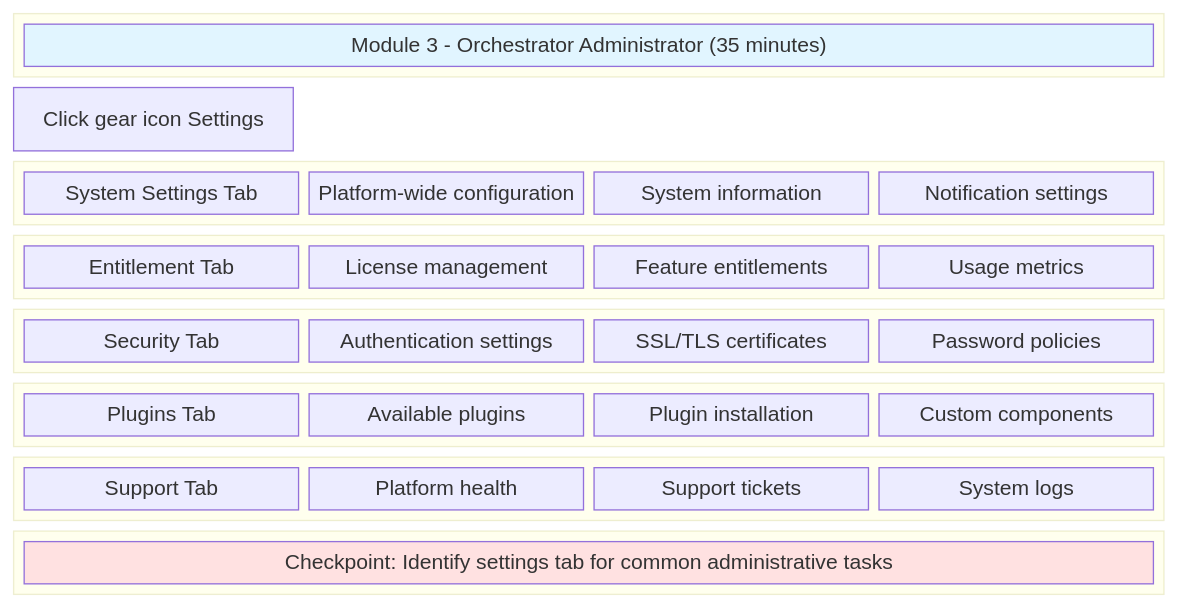
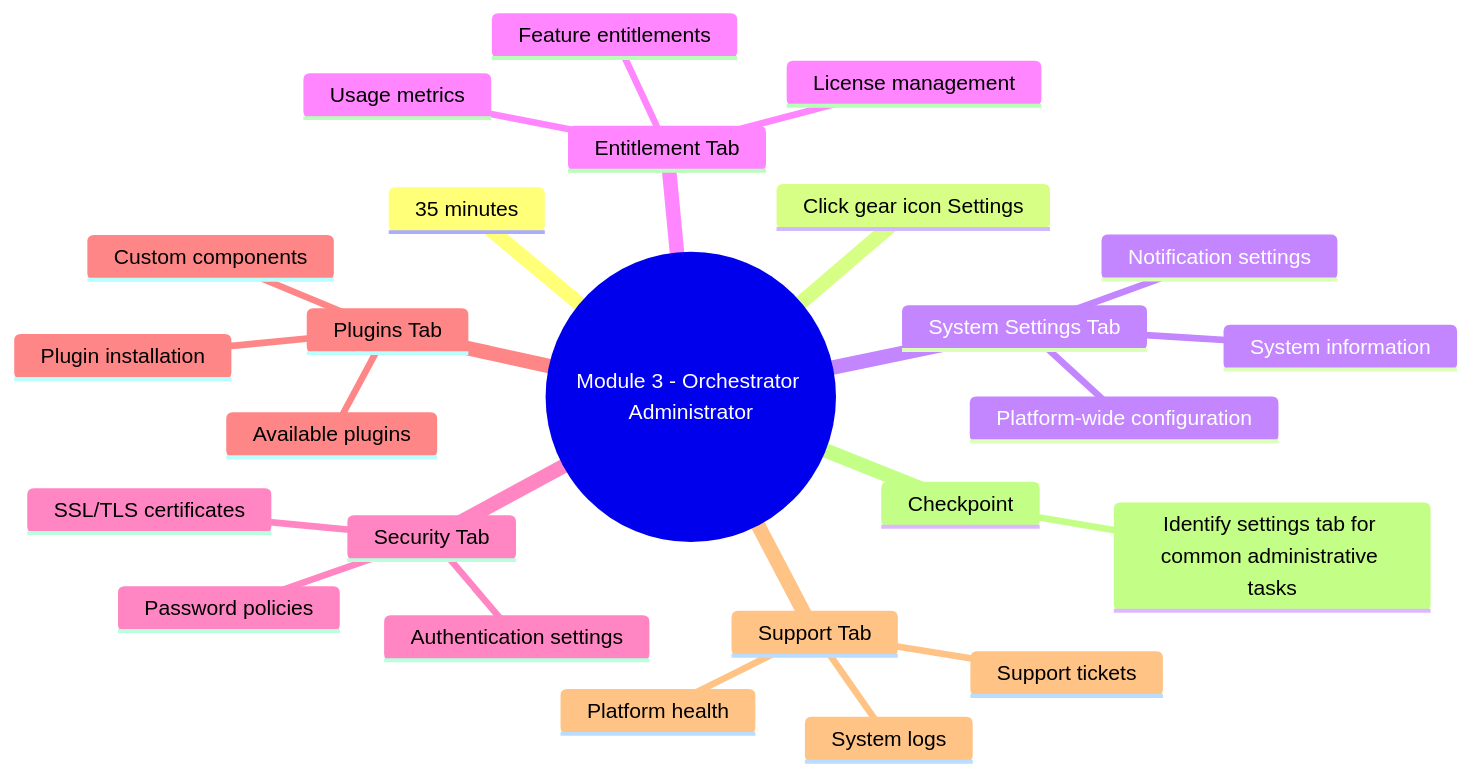
One commit to tme-tech-ops/take-it-for-a-spin-partner-training changed the diagram in docs/Instructor_Screen_Flow/slide_04_module3_administrator.mmd. Above: the diagram before and after it, drawn with Mermaid. The commit also changed 9 other files, not shown here.

First line of the commit message:
Convert diagrams to mindmap format with minimal boxes

```diff
--- a/docs/Instructor_Screen_Flow/slide_04_module3_administrator.mmd
+++ b/docs/Instructor_Screen_Flow/slide_04_module3_administrator.mmd
@@ -1,51 +1,26 @@
-block-beta
-    columns 4
-    
-    block:header:4
-        A["Module 3 - Orchestrator Administrator (35 minutes)"]
-    end
-    
-    B["Click gear icon Settings"]
-    space:3
-    
-    block:systemsettings:4
-        C["System Settings Tab"]
-        D["Platform-wide configuration"]
-        E["System information"]
-        F["Notification settings"]
-    end
-    
-    block:entitlement:4
-        G["Entitlement Tab"]
-        H["License management"]
-        I["Feature entitlements"]
-        J["Usage metrics"]
-    end
-    
-    block:security:4
-        K["Security Tab"]
-        L["Authentication settings"]
-        M["SSL/TLS certificates"]
-        N["Password policies"]
-    end
-    
-    block:plugins:4
-        O["Plugins Tab"]
-        P["Available plugins"]
-        Q["Plugin installation"]
-        R["Custom components"]
-    end
-    
-    block:support:4
-        S["Support Tab"]
-        T["Platform health"]
-        U["Support tickets"]
-        V["System logs"]
-    end
-    
-    block:checkpoint:4
-        W["Checkpoint: Identify settings tab for common administrative tasks"]
-    end
-
-    style A fill:#e1f5ff
-    style W fill:#ffe1e1
+mindmap
+  root((Module 3 - Orchestrator Administrator))
+    35 minutes
+    Click gear icon Settings
+    System Settings Tab
+      Platform-wide configuration
+      System information
+      Notification settings
+    Entitlement Tab
+      License management
+      Feature entitlements
+      Usage metrics
+    Security Tab
+      Authentication settings
+      SSL/TLS certificates
+      Password policies
+    Plugins Tab
+      Available plugins
+      Plugin installation
+      Custom components
+    Support Tab
+      Platform health
+      Support tickets
+      System logs
+    Checkpoint
+      Identify settings tab for common administrative tasks
```
